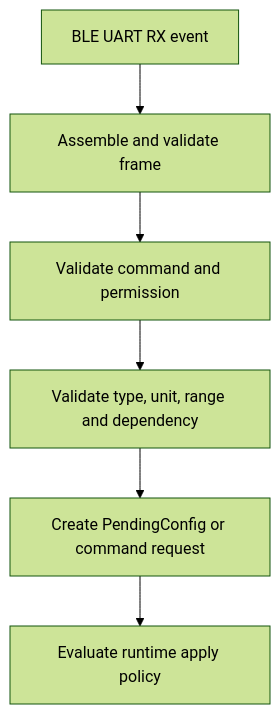
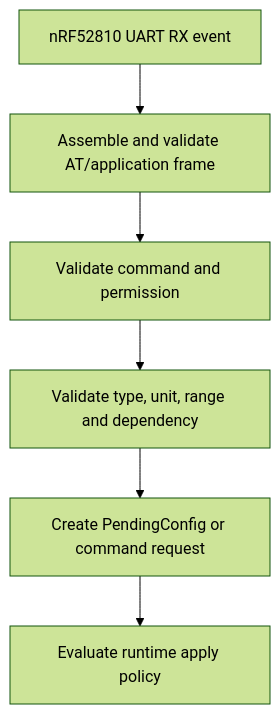
Diagram 19 of 23 in 1.docs/00_overview/04_main_operation_flow.md (whoisLePhuc/smart-water-flow-pressure-monitor), drawn with Mermaid (forest theme) before and after one commit. The commit also changed other lines of this file and 14 other files, not shown here.

````diff
--- a/1.docs/00_overview/04_main_operation_flow.md
+++ b/1.docs/00_overview/04_main_operation_flow.md
@@ -1009,8 +1009,8 @@
 ```mermaid
 flowchart TD
-    RX["BLE UART RX event"] --> FRAME["Assemble and validate frame"]
+    RX["nRF52810 UART RX event"] --> FRAME["Assemble and validate AT/application frame"]
     FRAME --> AUTH["Validate command and permission"]
     AUTH --> VALUE["Validate type, unit, range and dependency"]
     VALUE --> PENDING["Create PendingConfig or command request"]
     PENDING --> POLICY["Evaluate runtime apply policy"]
 ```
````
